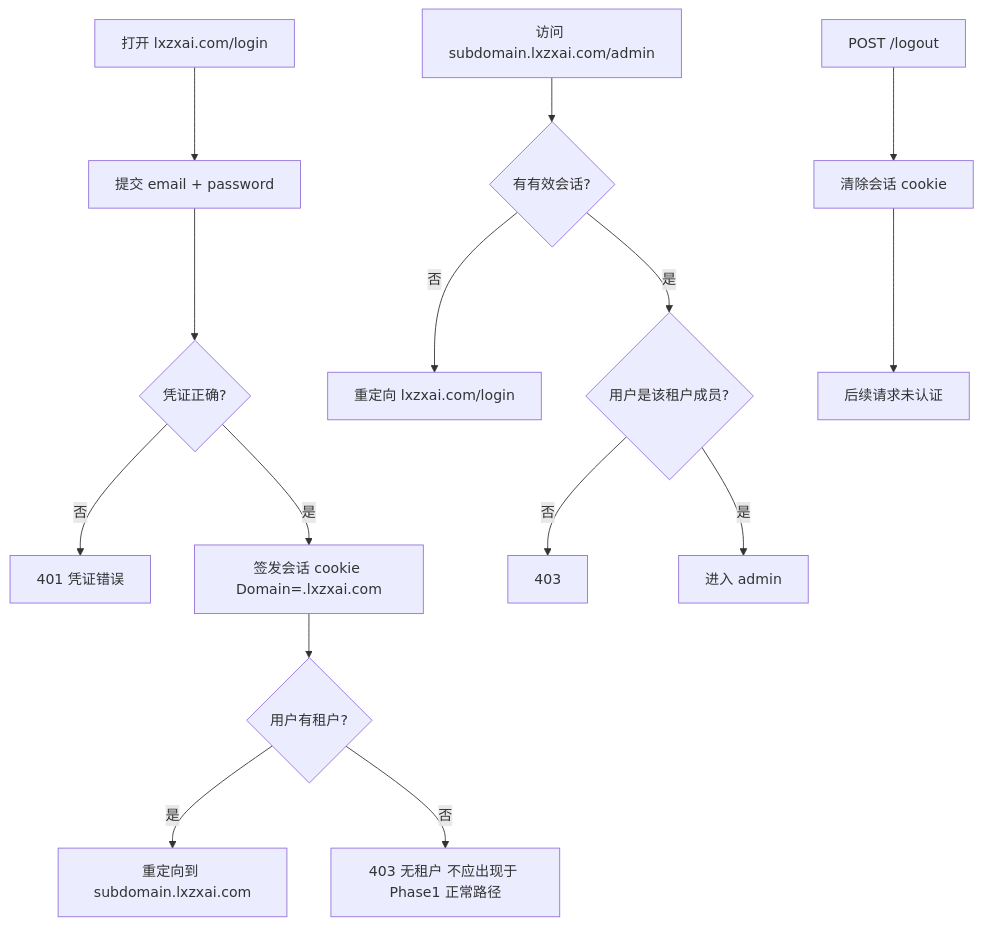
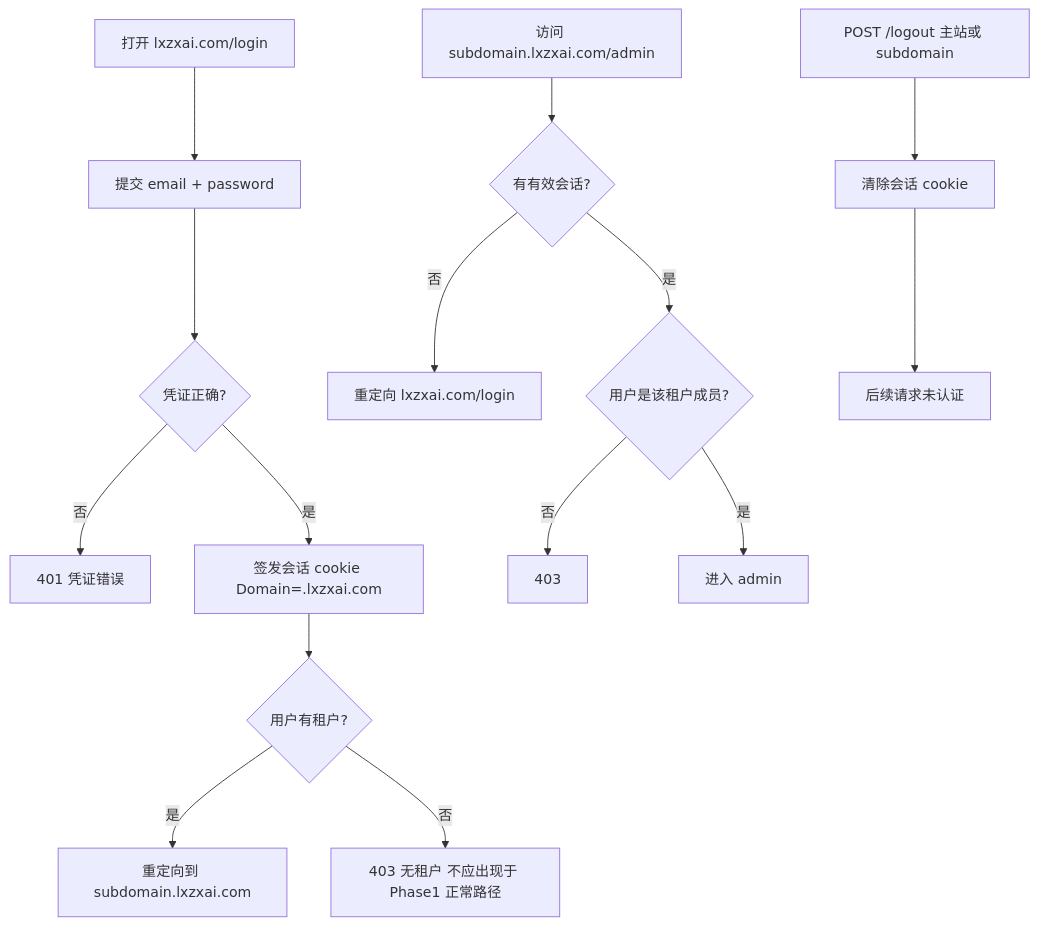
The diagram in docs/specs/phase1/features/F02-email-auth.md (zmisi/rag-as-service), drawn with Mermaid before and after one commit. The commit also changed other lines of this file and 30 other files, not shown here.

````diff
--- a/docs/specs/phase1/features/F02-email-auth.md
+++ b/docs/specs/phase1/features/F02-email-auth.md
@@ -30,19 +31,19 @@
 ```mermaid
 flowchart TD
   A[打开 lxzxai.com/login] --> B[提交 email + password]
   B --> C{凭证正确?}
   C -->|否| E1[401 凭证错误]
   C -->|是| D[签发会话 cookie Domain=.lxzxai.com]
   D --> E{用户有租户?}
   E -->|是| F[重定向到 subdomain.lxzxai.com]
   E -->|否| E2[403 无租户 不应出现于 Phase1 正常路径]
 
   G[访问 subdomain.lxzxai.com/admin] --> H{有有效会话?}
   H -->|否| I[重定向 lxzxai.com/login]
   H -->|是| J{用户是该租户成员?}
   J -->|否| K[403]
   J -->|是| L[进入 admin]
 
-  M[POST /logout] --> N[清除会话 cookie]
+  M[POST /logout 主站或 subdomain] --> N[清除会话 cookie]
   N --> O[后续请求未认证]
 ```
````
